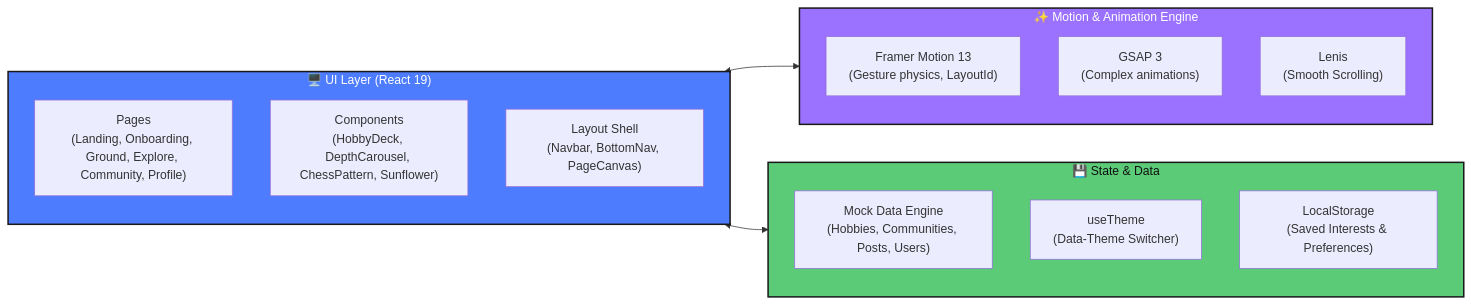
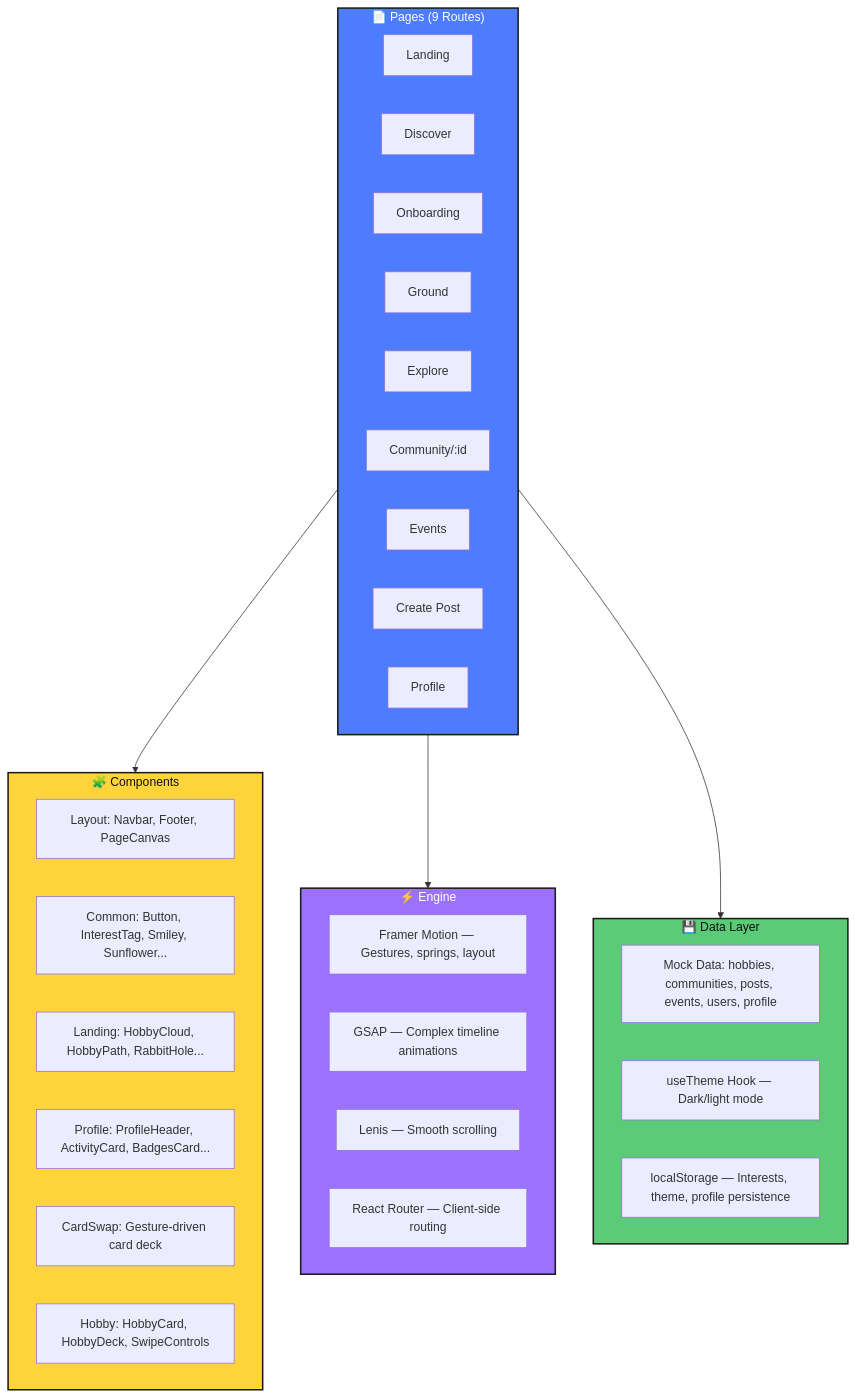
Before and after one commit to KhushiBagga20/Common-Ground: the second of 4 diagrams in README.md, drawn with Mermaid. The commit also changed other lines of this file and 3 other files, not shown here.

Commit message:
docs: update README to latest version with full page/component coverage, responsive CSS fixes for mobile navbars and landing ribbon

````diff
--- a/README.md
+++ b/README.md
@@ -164,27 +149,45 @@
 ```mermaid
-graph LR
-    subgraph UI["🖥️ UI Layer (React 19)"]
-        Pages["Pages\n(Landing, Onboarding, Ground, Explore, Community, Profile)"]
-        Components["Components\n(HobbyDeck, DepthCarousel, ChessPattern, Sunflower)"]
-        Layout["Layout Shell\n(Navbar, BottomNav, PageCanvas)"]
+graph TB
+    subgraph Pages["📄 Pages (9 Routes)"]
+        Landing["Landing"]
+        Discover["Discover"]
+        Onboarding["Onboarding"]
+        Ground["Ground"]
+        Explore["Explore"]
+        Community["Community/:id"]
+        Events["Events"]
+        CreatePost["Create Post"]
+        Profile["Profile"]
     end
 
-    subgraph Motion["✨ Motion & Animation Engine"]
-        FM["Framer Motion 13\n(Gesture physics, LayoutId)"]
-        GSAP["GSAP 3\n(Complex animations)"]
-        Lenis["Lenis\n(Smooth Scrolling)"]
+    subgraph Components["🧩 Components"]
+        Layout["Layout: Navbar, Footer, PageCanvas"]
+        Common["Common: Button, InterestTag, Smiley, Sunflower..."]
+        LandingC["Landing: HobbyCloud, HobbyPath, RabbitHole..."]
+        ProfileC["Profile: ProfileHeader, ActivityCard, BadgesCard..."]
+        CardSwap["CardSwap: Gesture-driven card deck"]
+        Hobby["Hobby: HobbyCard, HobbyDeck, SwipeControls"]
     end
 
-    subgraph State["💾 State & Data"]
-        MockData["Mock Data Engine\n(Hobbies, Communities, Posts, Users)"]
-        ThemeHook["useTheme\n(Data-Theme Switcher)"]
-        LocalStore["LocalStorage\n(Saved Interests & Preferences)"]
+    subgraph Engine["⚡ Engine"]
+        FM["Framer Motion — Gestures, springs, layout"]
+        GSAP["GSAP — Complex timeline animations"]
+        Lenis["Lenis — Smooth scrolling"]
+        Router["React Router — Client-side routing"]
     end
 
-    UI <--> Motion
-    UI <--> State
+    subgraph Data["💾 Data Layer"]
+        Mock["Mock Data: hobbies, communities, posts, events, users, profile"]
+        Theme["useTheme Hook — Dark/light mode"]
+        Storage["localStorage — Interests, theme, profile persistence"]
+    end
 
-    style UI fill:#4D7CFE,stroke:#191919,stroke-width:2px,color:#fff
-    style Motion fill:#9B72FF,stroke:#191919,stroke-width:2px,color:#fff
-    style State fill:#5BCB77,stroke:#191919,stroke-width:2px,color:#111
+    Pages --> Components
+    Pages --> Engine
+    Pages --> Data
+
+    style Pages fill:#4D7CFE,stroke:#191919,stroke-width:2px,color:#fff
+    style Components fill:#FFD43B,stroke:#191919,stroke-width:2px,color:#111
+    style Engine fill:#9B72FF,stroke:#191919,stroke-width:2px,color:#fff
+    style Data fill:#5BCB77,stroke:#191919,stroke-width:2px,color:#111
 ```
````
